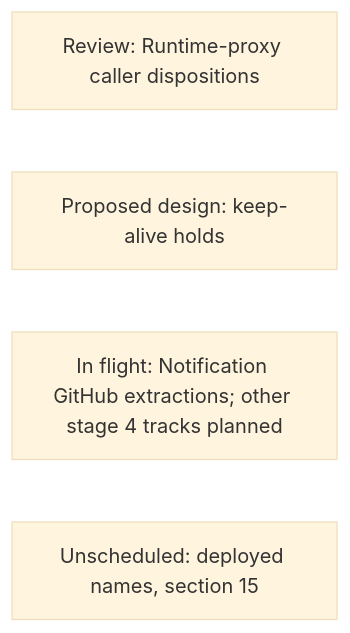
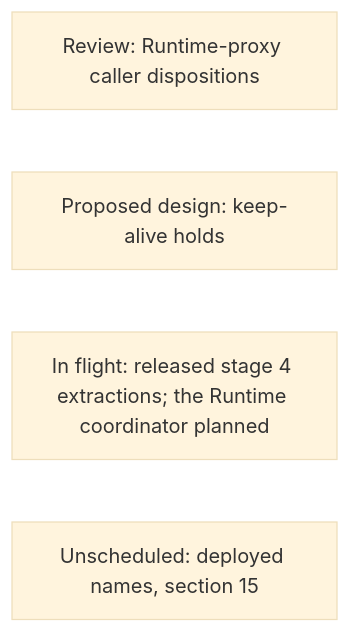
Before and after one commit to agentydragon/ducktape: diagram 20 of 20 in agentplane/plans/task_dag.md, drawn with Mermaid (base theme). The commit also changed other lines of this file, not shown here.

First line of the commit message:
agentplane/plans: record the 06:29 stage 4 releases

````diff
--- a/agentplane/plans/task_dag.md
+++ b/agentplane/plans/task_dag.md
@@ -4064,7 +4064,7 @@
 ```mermaid
 flowchart LR
     RUNTIME_PROXY_CALLER_AUDIT[Review: Runtime-proxy caller dispositions]
     ENVIRONMENT_KEEP_ALIVE_HOLDS[Proposed design: keep-alive holds]
-    GO_LOCAL_EXTRACTIONS[In flight: Notification GitHub extractions; other stage 4 tracks planned]
+    GO_LOCAL_EXTRACTIONS[In flight: released stage 4 extractions; the Runtime coordinator planned]
     RUNNER_GATEWAY_RENAME[Unscheduled: deployed names, section 15]
 ```
````
